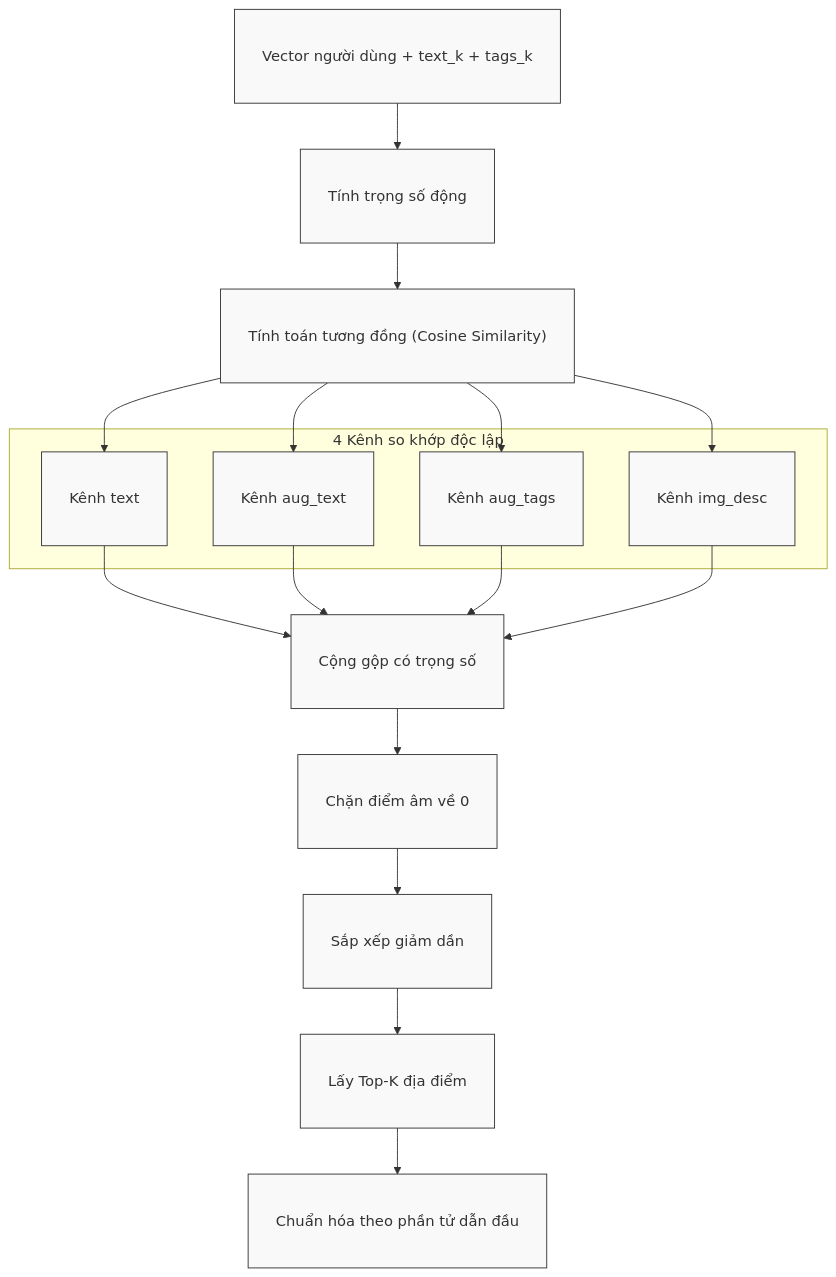
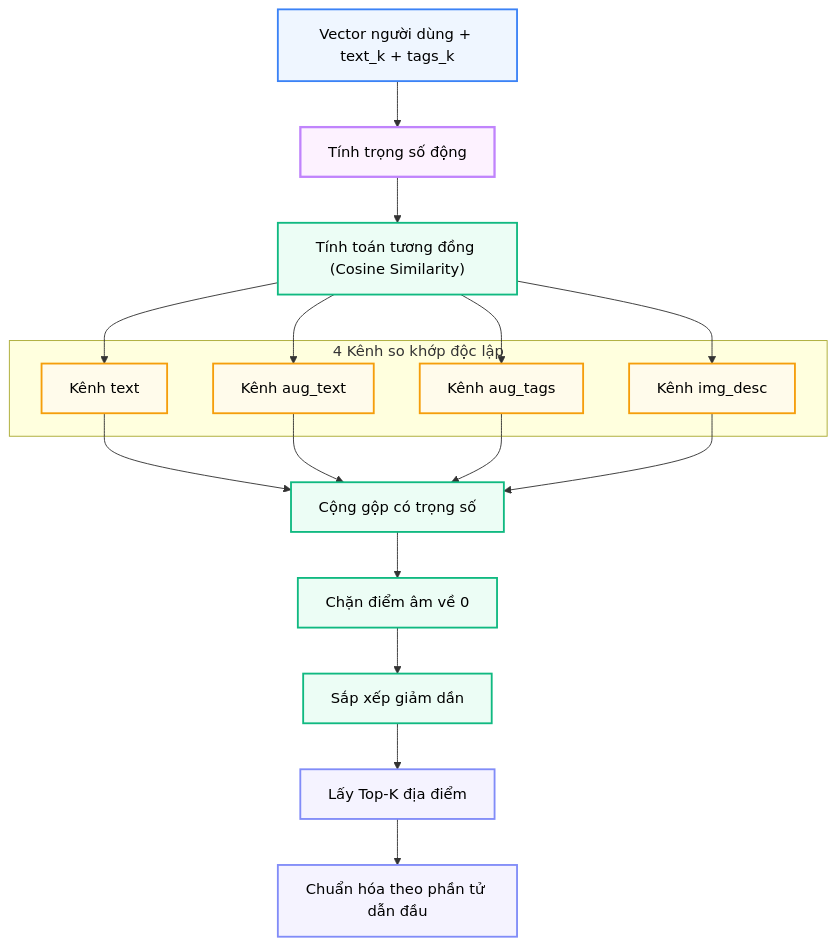
The diagram in docs/modules/n4_location_ranking.md (ltk6/travel-exp-planner), drawn with Mermaid before and after one commit. The commit also changed 70 other files, not shown here.

````diff
--- a/docs/modules/n4_location_ranking.md
+++ b/docs/modules/n4_location_ranking.md
@@ -179,33 +179,34 @@
 ```mermaid
----
-config:
-  flowchart:
-    useMaxWidth: false
----
+%%{init: {'flowchart': {'useMaxWidth': false}}}%%
 graph TD
-    classDef default fill:#f9f9f9,stroke:#333,stroke-width:1px,padding-left:10px,padding-right:10px,white-space:nowrap;
-    A["Vector người dùng + text_k + tags_k"] --> B["Tính trọng số động"]
-    B --> C["Tính toán tương đồng (Cosine Similarity)"]
+    classDef client fill:#eff6ff,stroke:#3b82f6,stroke-width:2px,color:#000000;
+    classDef weight fill:#fdf2ff,stroke:#c084fc,stroke-width:2.5px,color:#000000;
+    classDef op fill:#ecfdf5,stroke:#10b981,stroke-width:2px,color:#000000;
+    classDef channel fill:#fffbeb,stroke:#f59e0b,stroke-width:2px,color:#000000;
+    classDef out fill:#f5f3ff,stroke:#818cf8,stroke-width:2px,color:#000000;
+    
+    A["Vector người dùng + text_k + tags_k"]:::client --> B["Tính trọng số động"]:::weight
+    B --> C["Tính toán tương đồng (Cosine Similarity)"]:::op
     
     subgraph "4 Kênh so khớp độc lập"
-        C1["Kênh text"]
-        C2["Kênh aug_text"]
-        C3["Kênh aug_tags"]
-        C4["Kênh img_desc"]
+        C1["Kênh text"]:::channel
+        C2["Kênh aug_text"]:::channel
+        C3["Kênh aug_tags"]:::channel
+        C4["Kênh img_desc"]:::channel
     end
     
     C --> C1
     C --> C2
     C --> C3
     C --> C4
     
-    C1 --> D["Cộng gộp có trọng số"]
+    C1 --> D["Cộng gộp có trọng số"]:::op
     C2 --> D
     C3 --> D
     C4 --> D
     
-    D --> E["Chặn điểm âm về 0"]
-    E --> F["Sắp xếp giảm dần"]
-    F --> G["Lấy Top-K địa điểm"]
-    G --> H["Chuẩn hóa theo phần tử dẫn đầu"]
+    D --> E["Chặn điểm âm về 0"]:::op
+    E --> F["Sắp xếp giảm dần"]:::op
+    F --> G["Lấy Top-K địa điểm"]:::out
+    G --> H["Chuẩn hóa theo phần tử dẫn đầu"]:::out
 ```
````
